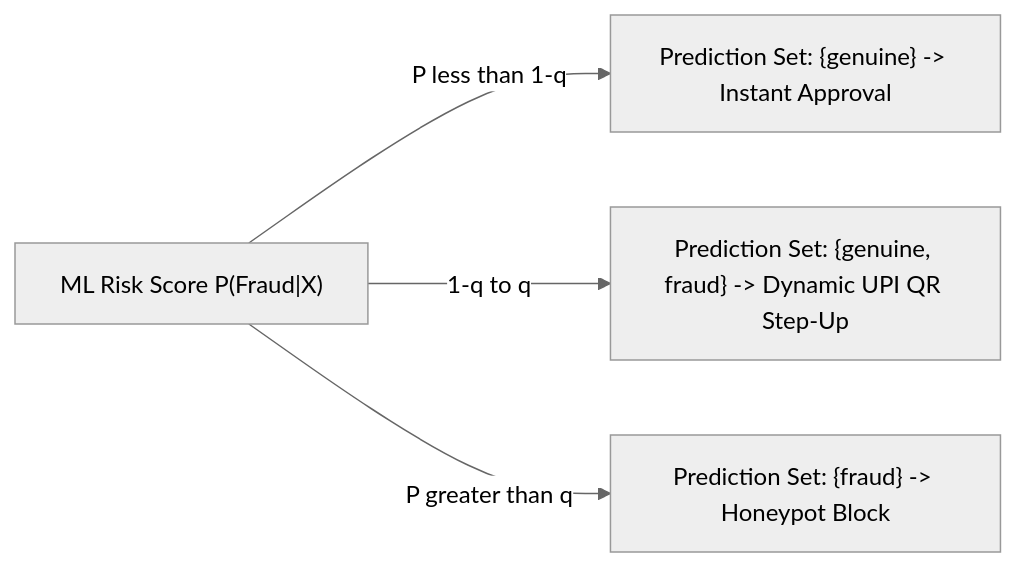
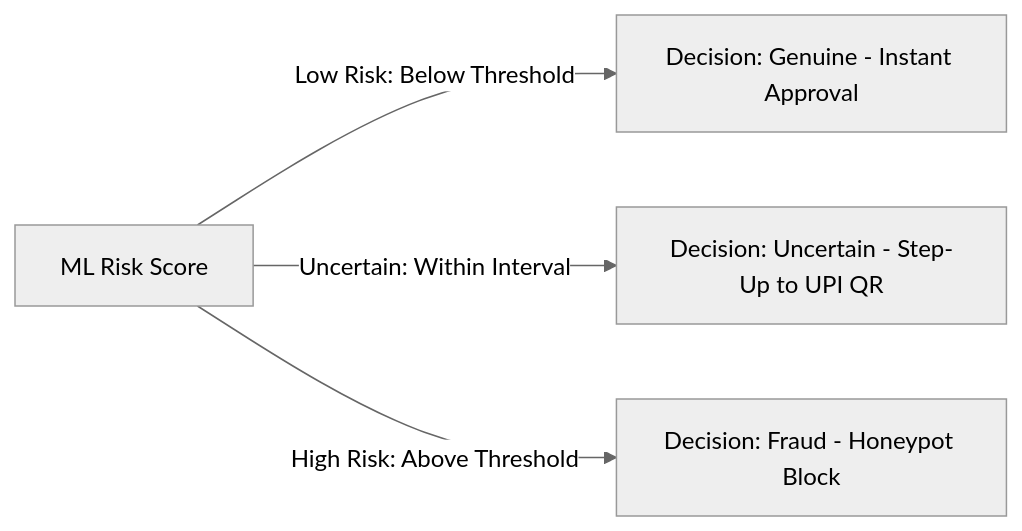
One commit to GeekLuffy/RazorVigil changed the second of 2 diagrams in README.md. Above: the diagram before and after it, drawn with Mermaid (neutral theme). The commit also changed other lines of this file, not shown here.

Commit message:
fix(readme): simplify Mermaid to universally compatible graph TD and graph LR syntax

````diff
--- a/README.md
+++ b/README.md
@@ -103,8 +81,7 @@
 ```mermaid
-flowchart LR
-    SCORE["ML Risk Score P(Fraud|X)"]
-    
-    SCORE -->|P less than 1-q| GENUINE["Prediction Set: {genuine} -> Instant Approval"]
-    SCORE -->|1-q to q| UNCERTAIN["Prediction Set: {genuine, fraud} -> Dynamic UPI QR Step-Up"]
-    SCORE -->|P greater than q| FRAUD["Prediction Set: {fraud} -> Honeypot Block"]
+graph LR
+    SCORE[ML Risk Score]
+    SCORE -->|Low Risk: Below Threshold| GENUINE[Decision: Genuine - Instant Approval]
+    SCORE -->|Uncertain: Within Interval| UNCERTAIN[Decision: Uncertain - Step-Up to UPI QR]
+    SCORE -->|High Risk: Above Threshold| FRAUD[Decision: Fraud - Honeypot Block]
 ```
````
